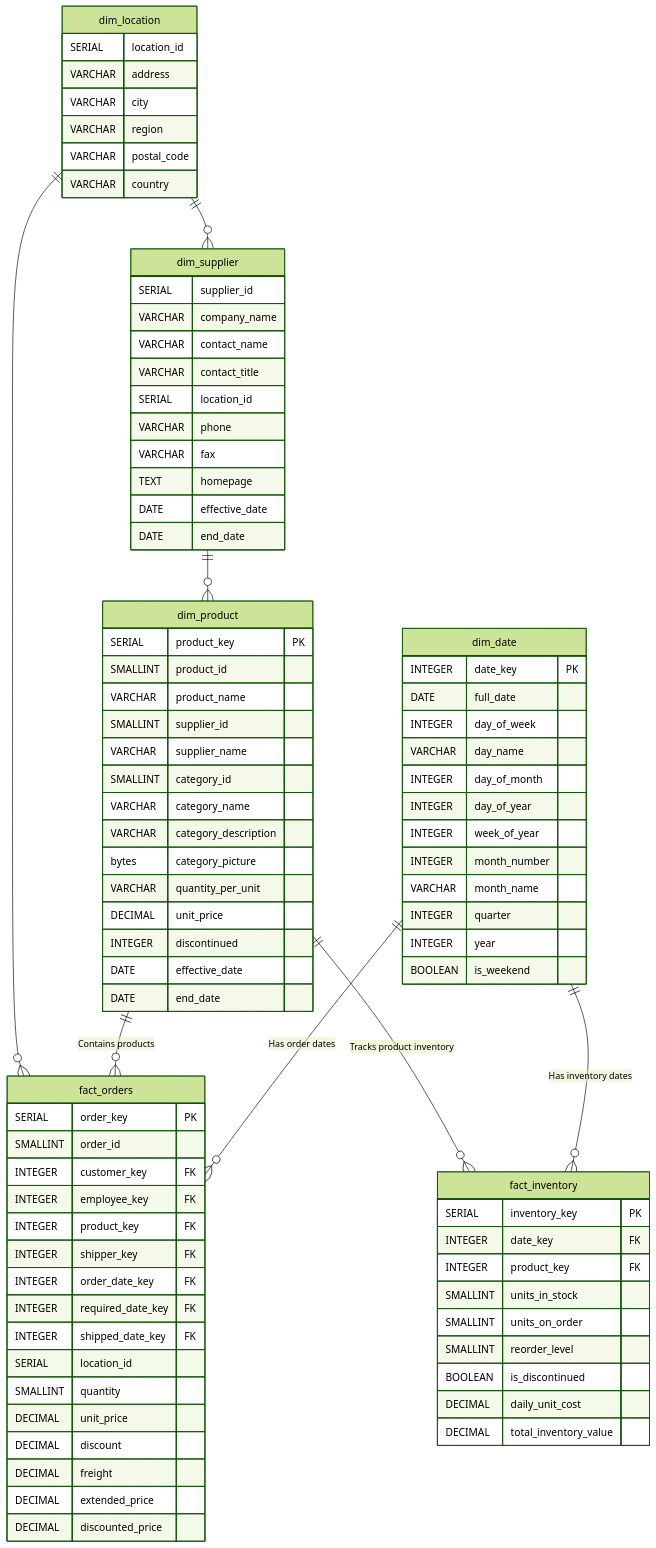
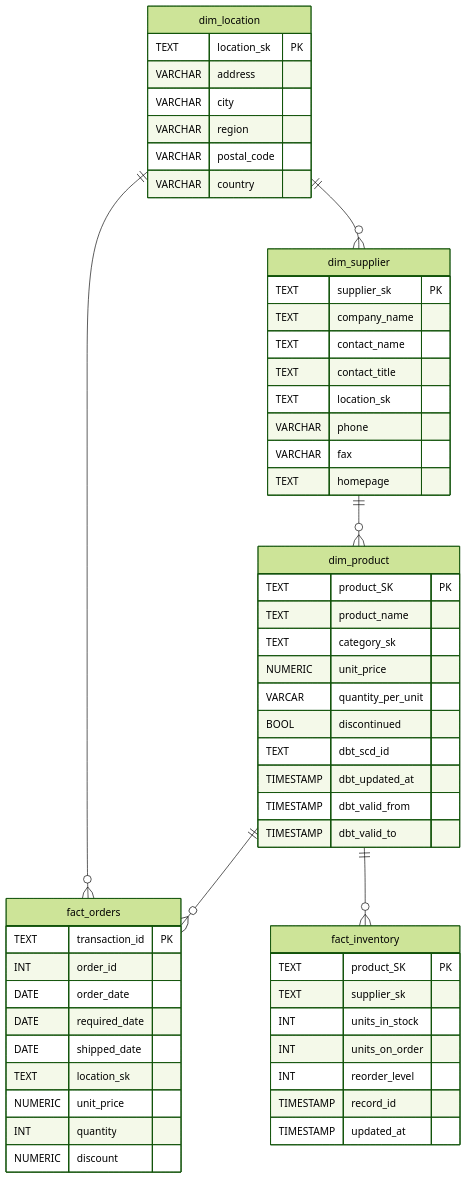
The second of 2 diagrams in README.md (ahmadMuhammadGd/northwind-dbt), drawn with Mermaid (forest theme) before and after one commit. The commit also changed other lines of this file and 26 other files, not shown here.

````diff
--- a/README.md
+++ b/README.md
@@ -1,93 +55,62 @@
 ```mermaid
 erDiagram
-    dim_date {
-        INTEGER date_key PK
-        DATE full_date
-        INTEGER day_of_week
-        VARCHAR day_name
-        INTEGER day_of_month
-        INTEGER day_of_year
-        INTEGER week_of_year
-        INTEGER month_number
-        VARCHAR month_name
-        INTEGER quarter
-        INTEGER year
-        BOOLEAN is_weekend
-    }
-    
     dim_product {
-        SERIAL product_key PK
-        SMALLINT product_id
-        VARCHAR product_name
-        SMALLINT supplier_id
-        VARCHAR supplier_name
-        SMALLINT category_id
-        VARCHAR category_name
-        VARCHAR category_description
-        bytes category_picture
-        VARCHAR quantity_per_unit
-        DECIMAL unit_price
-        INTEGER discontinued
-        DATE effective_date
-        DATE end_date
+        TEXT product_SK PK
+        TEXT product_name
+        TEXT category_sk
+        NUMERIC unit_price
+        VARCAR quantity_per_unit
+        BOOL discontinued
+        TEXT dbt_scd_id
+        TIMESTAMP dbt_updated_at
+        TIMESTAMP dbt_valid_from
+        TIMESTAMP dbt_valid_to
     }
 
     dim_supplier {
-        SERIAL supplier_id
-        VARCHAR company_name
-        VARCHAR contact_name
-        VARCHAR contact_title
-        SERIAL location_id
+        TEXT supplier_sk PK
+        TEXT company_name
+        TEXT contact_name
+        TEXT contact_title
+        TEXT location_sk
         VARCHAR phone
         VARCHAR fax
         TEXT homepage
-        DATE effective_date
-        DATE end_date
     }
 
     dim_location {
-        SERIAL location_id
+        TEXT location_sk PK
         VARCHAR address
         VARCHAR city
         VARCHAR region
         VARCHAR postal_code
         VARCHAR country
     }
+
     fact_orders {
-        SERIAL order_key PK
-        SMALLINT order_id
-        INTEGER customer_key FK
-        INTEGER employee_key FK
-        INTEGER product_key FK
-        INTEGER shipper_key FK
-        INTEGER order_date_key FK
-        INTEGER required_date_key FK
-        INTEGER shipped_date_key FK
-        SERIAL location_id 
-        SMALLINT quantity
-        DECIMAL unit_price
-        DECIMAL discount
-        DECIMAL freight
-        DECIMAL extended_price
-        DECIMAL discounted_price
+        TEXT transaction_id PK
+        INT order_id
+        DATE order_date
+        DATE required_date
+        DATE shipped_date
+        TEXT location_sk
+        NUMERIC unit_price
+        INT quantity
+        NUMERIC discount
     }
 
     fact_inventory {
-        SERIAL inventory_key PK
-        INTEGER date_key FK
-        INTEGER product_key FK
-        SMALLINT units_in_stock
-        SMALLINT units_on_order
-        SMALLINT reorder_level
-        BOOLEAN is_discontinued
-        DECIMAL daily_unit_cost
-        DECIMAL total_inventory_value
+        TEXT product_SK PK
+        TEXT supplier_sk
+        INT units_in_stock
+        INT units_on_order
+        INT reorder_level
+        TIMESTAMP record_id
+        TIMESTAMP updated_at
     }
 
-    dim_date ||--o{ fact_orders : "Has order dates"
-    dim_date ||--o{ fact_inventory : "Has inventory dates"
-    dim_product ||--o{ fact_orders : "Contains products"
-    dim_product ||--o{ fact_inventory : "Tracks product inventory"
+    dim_product ||--o{ fact_orders : ""
+    dim_product ||--o{ fact_inventory : ""
     dim_supplier ||--o{ dim_product:""
     dim_location ||--o{ dim_supplier:""
     dim_location ||--o{ fact_orders:""
````
